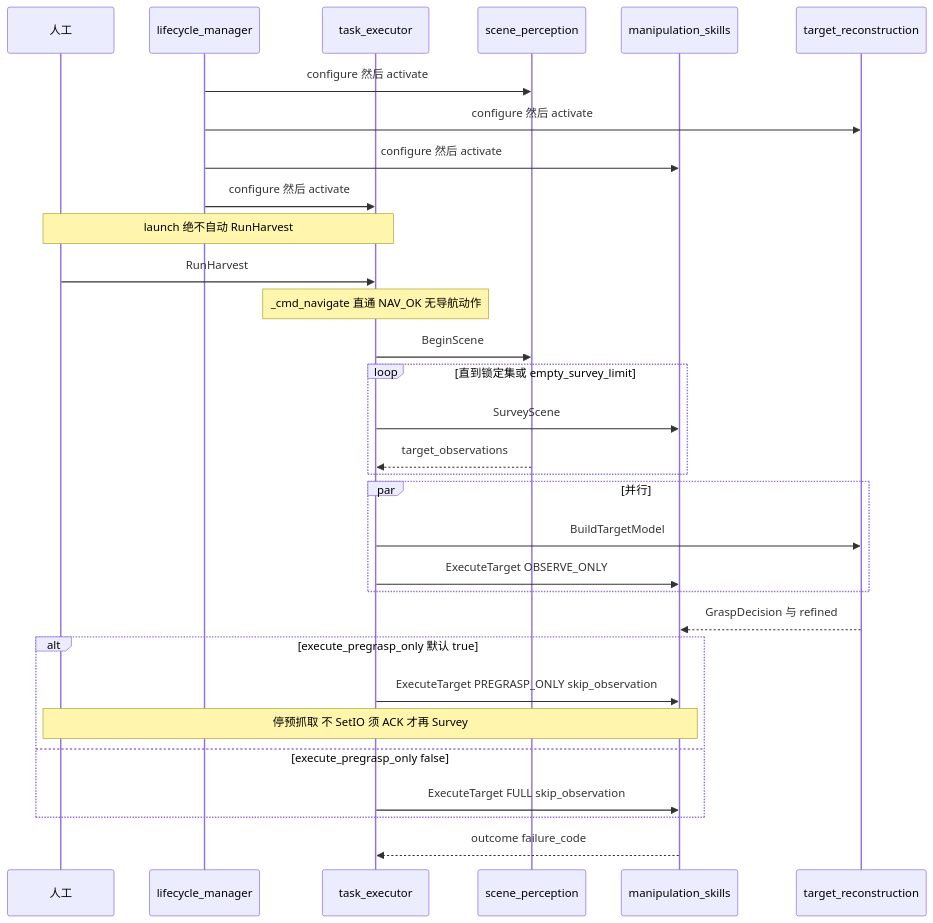
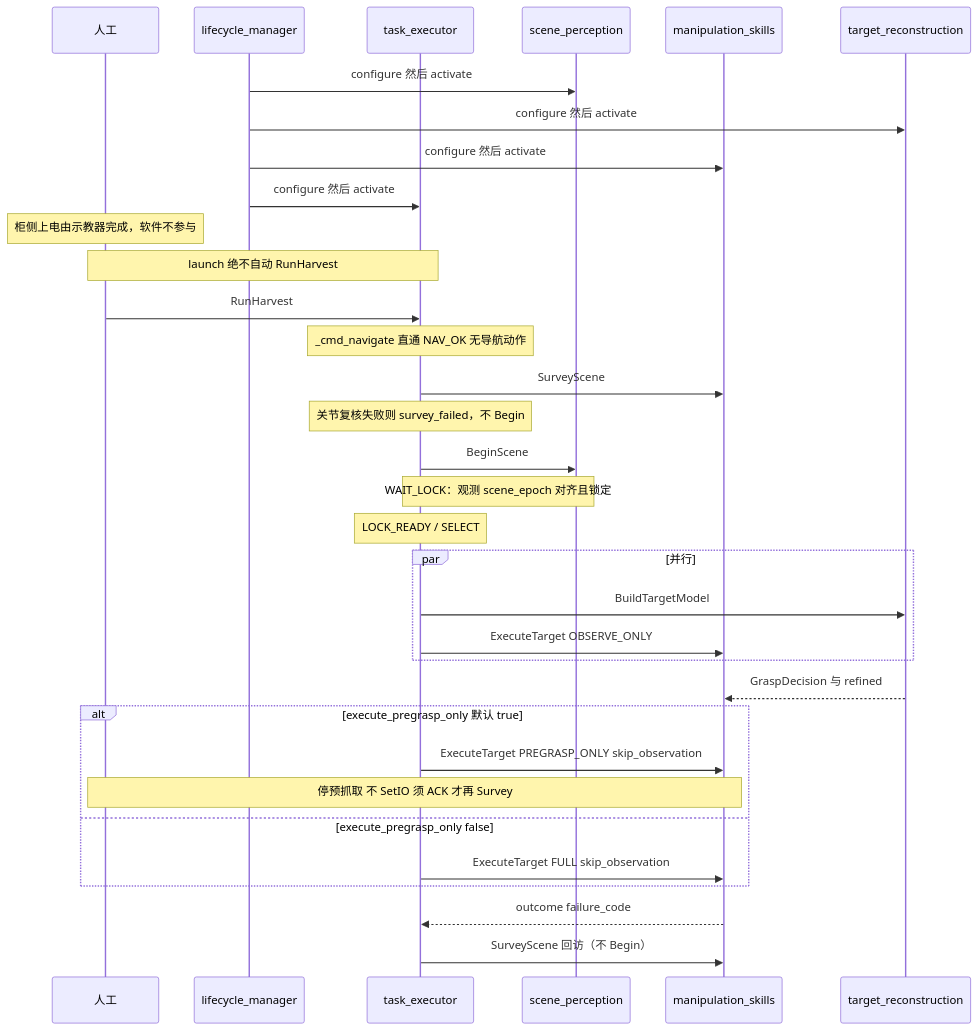
One commit to MUHAN11-c/aubo_boot changed diagram 11 of 15 in docs/architecture.md. Above: the diagram before and after it, drawn with Mermaid. The commit also changed other lines of this file and 56 other files, not shown here.

Commit message:
feat(peach): 笛卡尔绕行护栏、SELECT 停位 IK 预检与 scene_epoch 对齐（含函数级注释补全）

````diff
--- a/docs/architecture.md
+++ b/docs/architecture.md
@@ -728,33 +728,35 @@
 ```mermaid
 sequenceDiagram
   participant Op as 人工
   participant Lcm as lifecycle_manager
   participant Ex as task_executor
   participant Sc as scene_perception
   participant Sk as manipulation_skills
   participant Rc as target_reconstruction
   Lcm->>Sc: configure 然后 activate
   Lcm->>Rc: configure 然后 activate
   Lcm->>Sk: configure 然后 activate
   Lcm->>Ex: configure 然后 activate
+  Note over Op: 柜侧上电由示教器完成，软件不参与
   Note over Op,Ex: launch 绝不自动 RunHarvest
   Op->>Ex: RunHarvest
   Note over Ex: _cmd_navigate 直通 NAV_OK 无导航动作
+  Ex->>Sk: SurveyScene
+  Note over Ex: 关节复核失败则 survey_failed，不 Begin
   Ex->>Sc: BeginScene
-  loop 直到锁定集或 empty_survey_limit
-    Ex->>Sk: SurveyScene
-    Sc-->>Ex: target_observations
-  end
+  Note over Ex,Sc: WAIT_LOCK：观测 scene_epoch 对齐且锁定
+  Note over Ex: LOCK_READY / SELECT
   par 并行
     Ex->>Rc: BuildTargetModel
     Ex->>Sk: ExecuteTarget OBSERVE_ONLY
   end
   Rc-->>Sk: GraspDecision 与 refined
   alt execute_pregrasp_only 默认 true
     Ex->>Sk: ExecuteTarget PREGRASP_ONLY skip_observation
     Note over Op,Sk: 停预抓取 不 SetIO 须 ACK 才再 Survey
   else execute_pregrasp_only false
     Ex->>Sk: ExecuteTarget FULL skip_observation
   end
   Sk-->>Ex: outcome failure_code
+  Ex->>Sk: SurveyScene 回访（不 Begin）
 ```
````
